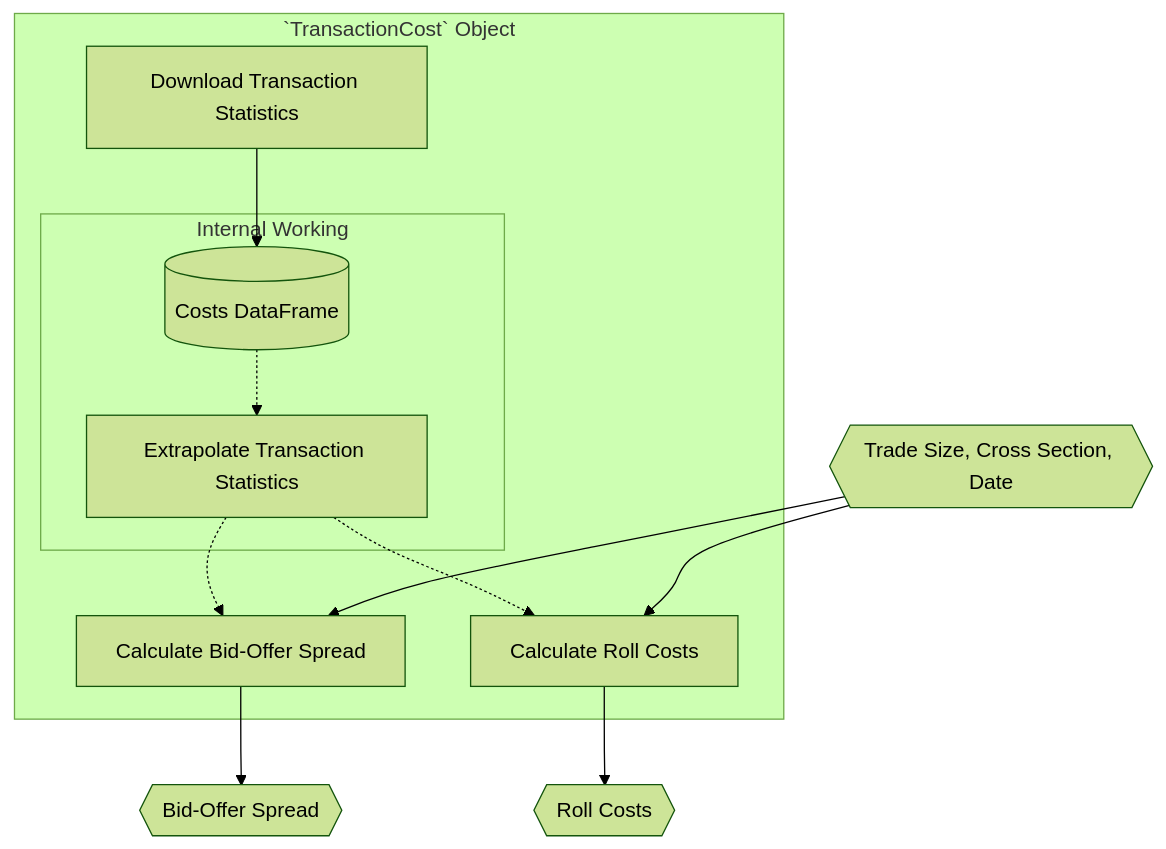
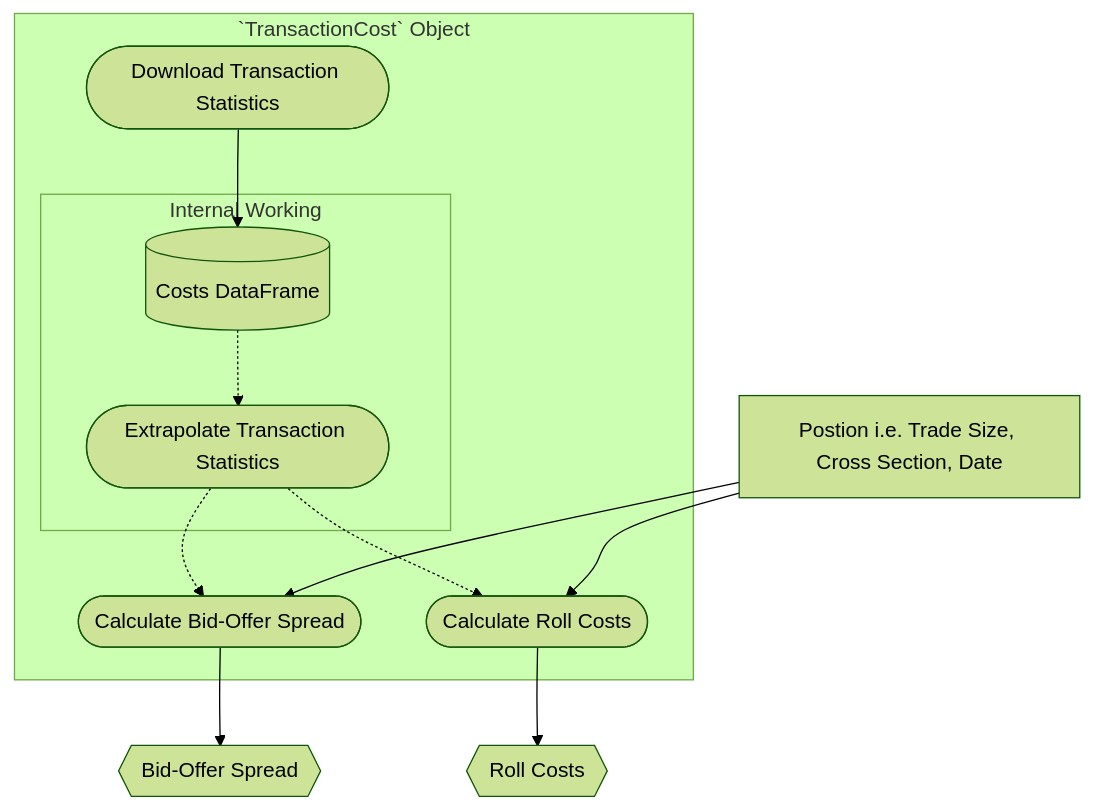
One commit to macrosynergy/macrosynergy changed the fifth of 5 diagrams in macrosynergy/pnl/README.md. Above: the diagram before and after it, drawn with Mermaid (forest theme). The commit also changed other lines of this file, not shown here.

````diff
--- a/macrosynergy/pnl/README.md
+++ b/macrosynergy/pnl/README.md
@@ -158,21 +182,21 @@
 ```{mermaid}
 flowchart TD
 
 
   subgraph TCObj[`TransactionCost` Object]
-    TCDownload[Download Transaction Statistics] --> CostDF[(Costs DataFrame)]
+    TCDownload([Download Transaction Statistics]) --> CostDF[(Costs DataFrame)]
 
 
     subgraph TCINTMETHODS[Internal Working]
-      CostDF -.-> TCExtrapolate[Extrapolate Transaction Statistics]
+      CostDF -.-> TCExtrapolate([Extrapolate Transaction Statistics])
     end
-    TCExtrapolate -.-> TCBidOffer[Calculate Bid-Offer Spread]
-    TCExtrapolate -.-> TCRoll[Calculate Roll Costs]
+    TCExtrapolate -.-> TCBidOffer([Calculate Bid-Offer Spread])
+    TCExtrapolate -.-> TCRoll([Calculate Roll Costs])
   end
-  POSITION{{Trade Size, Cross Section, Date}}
+  POSITION[Postion i.e. Trade Size, Cross Section, Date]
   BIDOFFER{{Bid-Offer Spread}}
   ROLLCOST{{Roll Costs}}
   POSITION --> TCBidOffer --> BIDOFFER
   POSITION --> TCRoll --> ROLLCOST
 
 ```
````
